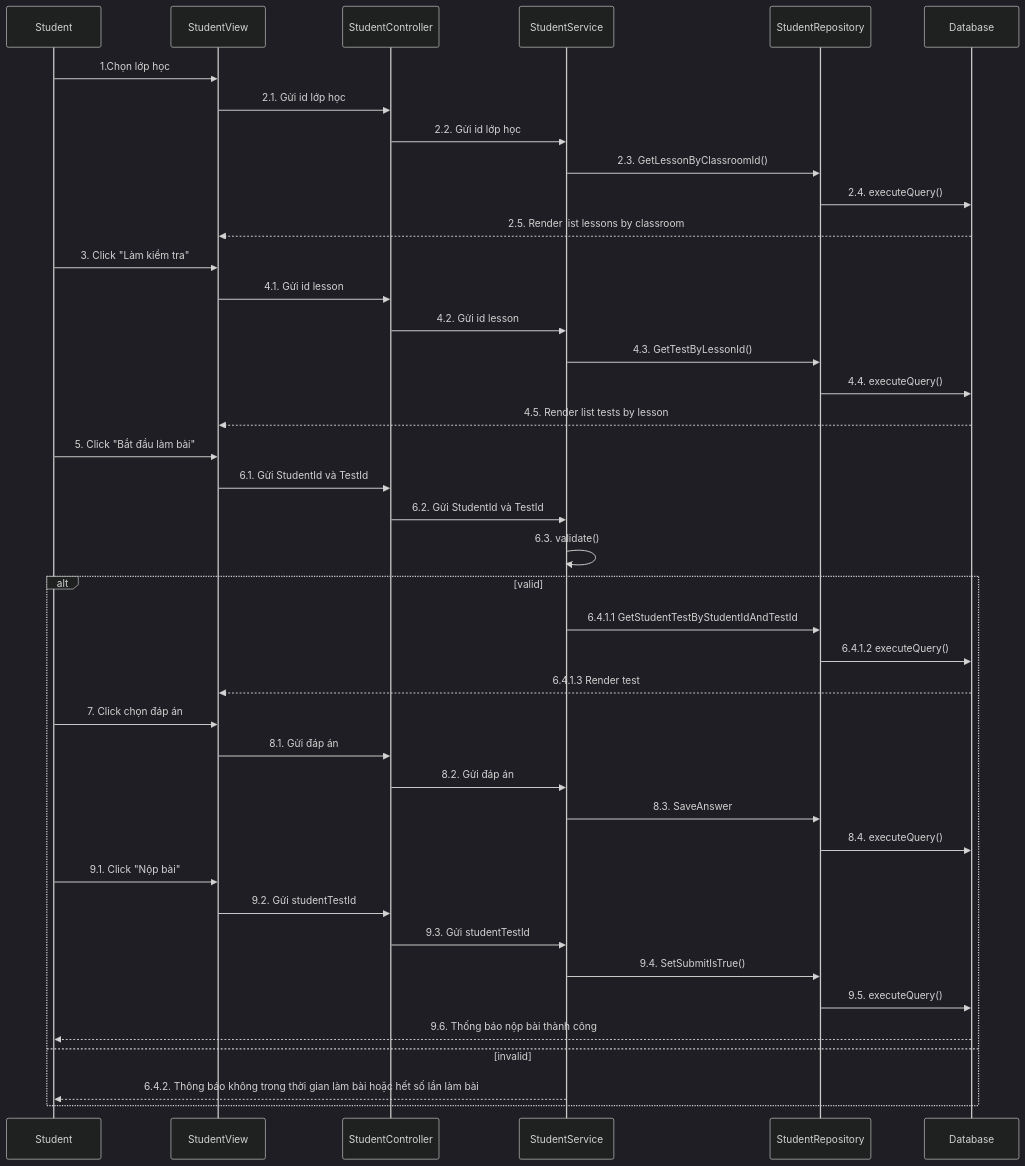
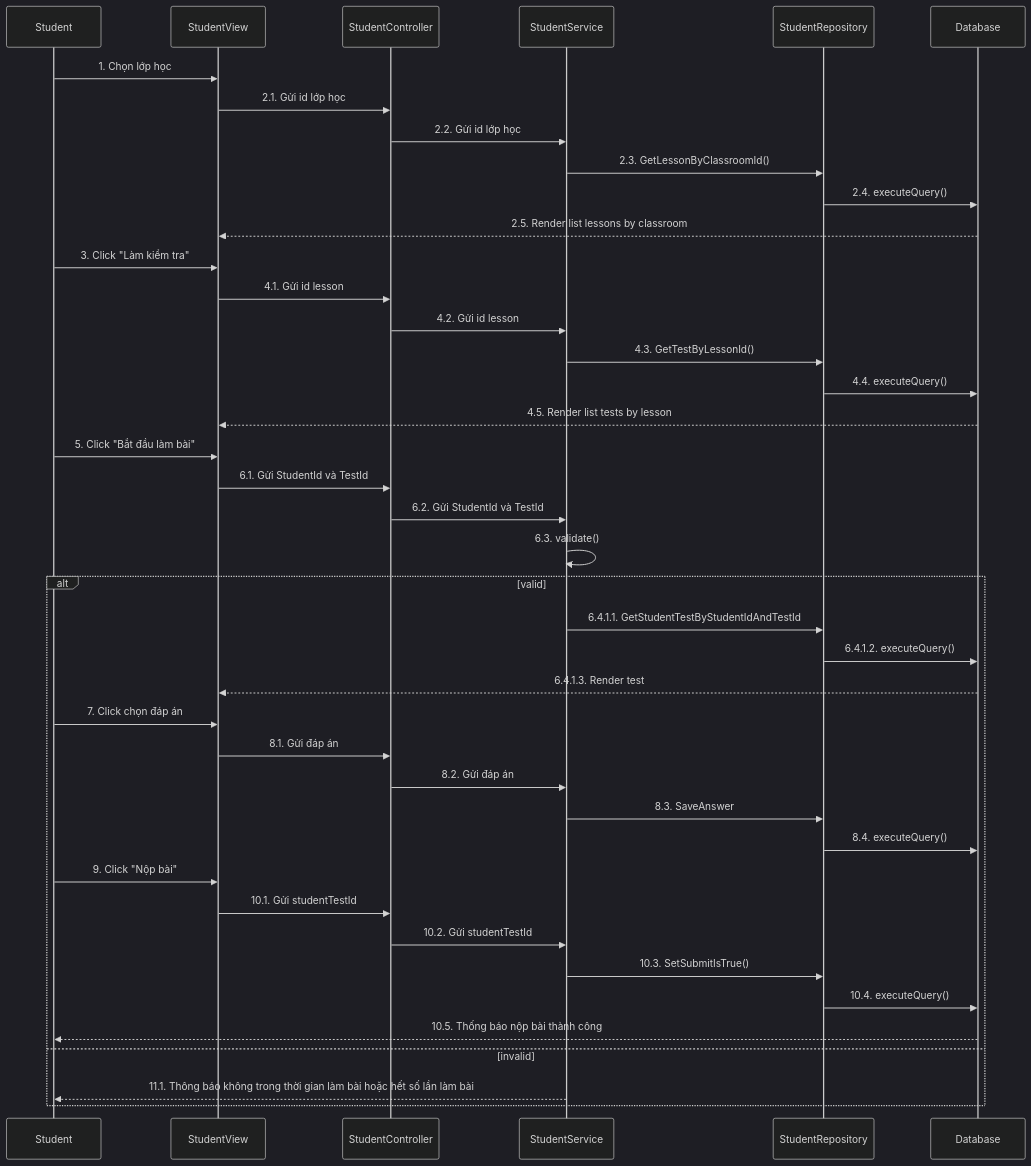
The diagram in sequence/student/Sequence-2-1.HocVienLamBaiKiemTra.mmd (LienNTB/sequence-CNPM), drawn with Mermaid (dark theme) before and after one commit. The commit also changed other lines of this file and 2 other files, not shown here.

```diff
--- a/sequence/student/Sequence-2-1.HocVienLamBaiKiemTra.mmd
+++ b/sequence/student/Sequence-2-1.HocVienLamBaiKiemTra.mmd
@@ -1,50 +1,50 @@
 sequenceDiagram
     participant Student
     participant StudentView
     participant StudentController
     participant StudentService
     participant StudentRepository
     participant Database
 
-    Student->>StudentView: 1.Chọn lớp học
+    Student->>StudentView: 1. Chọn lớp học
     StudentView->>StudentController: 2.1. Gửi id lớp học
     StudentController->>StudentService: 2.2. Gửi id lớp học
     StudentService->>StudentRepository: 2.3. GetLessonByClassroomId()
     StudentRepository->>Database: 2.4. executeQuery()
 
     Database-->>StudentView: 2.5. Render list lessons by classroom
     
     Student->>StudentView: 3. Click "Làm kiểm tra"
     StudentView->>StudentController: 4.1. Gửi id lesson
     StudentController->>StudentService: 4.2. Gửi id lesson
     StudentService->>StudentRepository: 4.3. GetTestByLessonId()
     StudentRepository->>Database: 4.4. executeQuery()
 
     Database-->>StudentView: 4.5. Render list tests by lesson
 
     Student->>StudentView: 5. Click "Bắt đầu làm bài"
     StudentView->>StudentController: 6.1. Gửi StudentId và TestId
     StudentController->>StudentService: 6.2. Gửi StudentId và TestId
     StudentService->>StudentService: 6.3. validate()
     
     alt valid
-        StudentService->>StudentRepository: 6.4.1.1 GetStudentTestByStudentIdAndTestId
-        StudentRepository->>Database: 6.4.1.2 executeQuery()
-        Database-->>StudentView: 6.4.1.3 Render test
+        StudentService->>StudentRepository: 6.4.1.1. GetStudentTestByStudentIdAndTestId
+        StudentRepository->>Database: 6.4.1.2. executeQuery()
+        Database-->>StudentView: 6.4.1.3. Render test
     
 
         Student->>StudentView: 7. Click chọn đáp án
         StudentView->>StudentController: 8.1. Gửi đáp án
         StudentController->>StudentService: 8.2. Gửi đáp án
         StudentService->>StudentRepository: 8.3. SaveAnswer
         StudentRepository->>Database: 8.4. executeQuery()
 
-        Student->>StudentView: 9.1. Click "Nộp bài"
-        StudentView->>StudentController: 9.2. Gửi studentTestId
-        StudentController->>StudentService: 9.3. Gửi studentTestId
-        StudentService->>StudentRepository: 9.4. SetSubmitIsTrue()
-        StudentRepository->>Database: 9.5. executeQuery()
-        Database-->>Student: 9.6. Thống báo nộp bài thành công
+        Student->>StudentView: 9. Click "Nộp bài"
+        StudentView->>StudentController: 10.1. Gửi studentTestId
+        StudentController->>StudentService: 10.2. Gửi studentTestId
+        StudentService->>StudentRepository: 10.3. SetSubmitIsTrue()
+        StudentRepository->>Database: 10.4. executeQuery()
+        Database-->>Student: 10.5. Thống báo nộp bài thành công
     else invalid
-        StudentService-->>Student:6.4.2. Thông báo không trong thời gian làm bài hoặc hết số lần làm bài  
+        StudentService-->>Student: 11.1. Thông báo không trong thời gian làm bài hoặc hết số lần làm bài
     end
```
